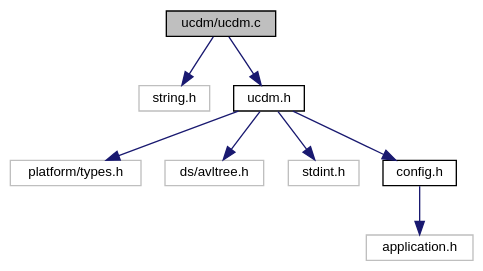
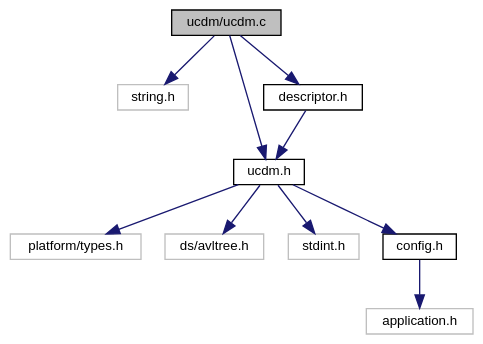
One commit to ebs-universe/piolib-ucdm changed the diagram in ucdm_8c__incl.dot. Above: the diagram before and after it, drawn with Graphviz. The commit also changed 36 other files, not shown here.

```diff
--- a/ucdm_8c__incl.dot
+++ b/ucdm_8c__incl.dot
@@ -1,23 +1,26 @@
 digraph "ucdm/ucdm.c"
 {
  // INTERACTIVE_SVG=YES
  // LATEX_PDF_SIZE
   bgcolor="transparent";
   edge [fontname="Helvetica",fontsize="10",labelfontname="Helvetica",labelfontsize="10"];
   node [fontname="Helvetica",fontsize="10",shape=record];
   Node1 [label="ucdm/ucdm.c",height=0.2,width=0.4,color="black", fillcolor="grey75", style="filled", fontcolor="black",tooltip="Implementation the Unified Configuration and Data Manager."];
   Node1 -> Node2 [color="midnightblue",fontsize="10",style="solid",fontname="Helvetica"];
   Node2 [label="string.h",height=0.2,width=0.4,color="grey75",tooltip=" "];
   Node1 -> Node3 [color="midnightblue",fontsize="10",style="solid",fontname="Helvetica"];
   Node3 [label="ucdm.h",height=0.2,width=0.4,color="black",URL="$ucdm_8h.html",tooltip="Interface and usage of the Unified Configuration and Data Manager."];
   Node3 -> Node4 [color="midnightblue",fontsize="10",style="solid",fontname="Helvetica"];
   Node4 [label="platform/types.h",height=0.2,width=0.4,color="grey75",tooltip=" "];
   Node3 -> Node5 [color="midnightblue",fontsize="10",style="solid",fontname="Helvetica"];
   Node5 [label="ds/avltree.h",height=0.2,width=0.4,color="grey75",tooltip=" "];
   Node3 -> Node6 [color="midnightblue",fontsize="10",style="solid",fontname="Helvetica"];
   Node6 [label="stdint.h",height=0.2,width=0.4,color="grey75",tooltip=" "];
   Node3 -> Node7 [color="midnightblue",fontsize="10",style="solid",fontname="Helvetica"];
   Node7 [label="config.h",height=0.2,width=0.4,color="black",URL="$config_8h_source.html",tooltip=" "];
   Node7 -> Node8 [color="midnightblue",fontsize="10",style="solid",fontname="Helvetica"];
   Node8 [label="application.h",height=0.2,width=0.4,color="grey75",tooltip=" "];
+  Node1 -> Node9 [color="midnightblue",fontsize="10",style="solid",fontname="Helvetica"];
+  Node9 [label="descriptor.h",height=0.2,width=0.4,color="black",URL="$descriptor_8h.html",tooltip="Descriptor type definitions."];
+  Node9 -> Node3 [color="midnightblue",fontsize="10",style="solid",fontname="Helvetica"];
 }
```
